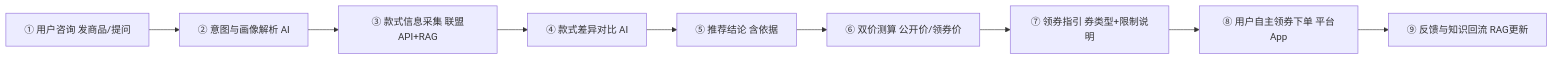
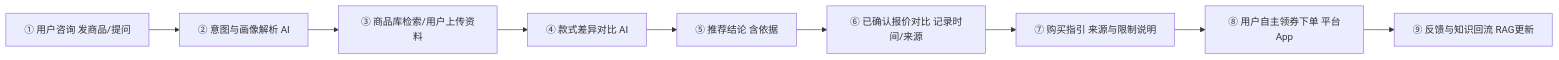
One commit to szy0607/price-agent changed the second of 3 diagrams in 智能电商采购Agent-设计方案.md. Above: the diagram before and after it, drawn with Mermaid. The commit also changed other lines of this file and 8 other files, not shown here.

````diff
--- a/智能电商采购Agent-设计方案.md
+++ b/智能电商采购Agent-设计方案.md
@@ -310,11 +301,11 @@
 ```mermaid
 flowchart LR
     A["① 用户咨询 发商品/提问"] --> B["② 意图与画像解析 AI"]
-    B --> C["③ 款式信息采集 联盟API+RAG"]
+    B --> C["③ 商品库检索/用户上传资料"]
     C --> D["④ 款式差异对比 AI"]
     D --> E["⑤ 推荐结论 含依据"]
-    E --> F["⑥ 双价测算 公开价/领券价"]
-    F --> G["⑦ 领券指引 券类型+限制说明"]
+    E --> F["⑥ 已确认报价对比 记录时间/来源"]
+    F --> G["⑦ 购买指引 来源与限制说明"]
     G --> H["⑧ 用户自主领券下单 平台App"]
     H --> I["⑨ 反馈与知识回流 RAG更新"]
 ```
````
